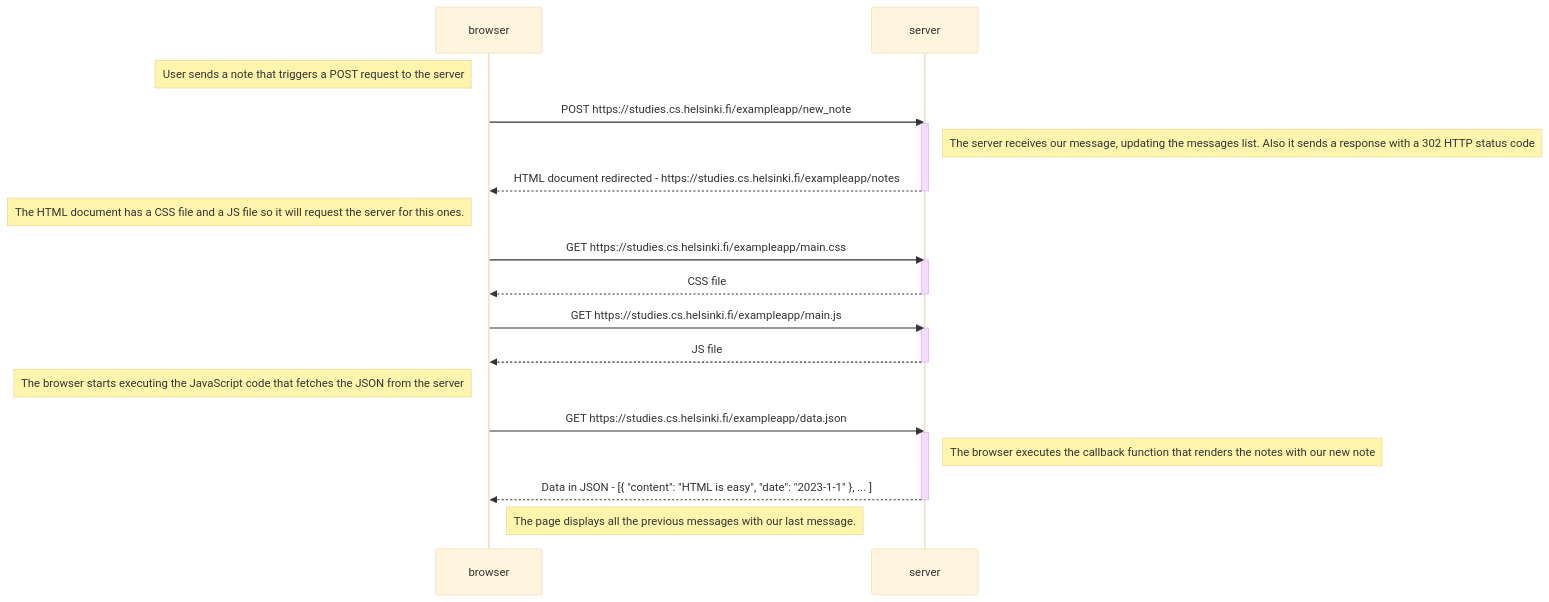
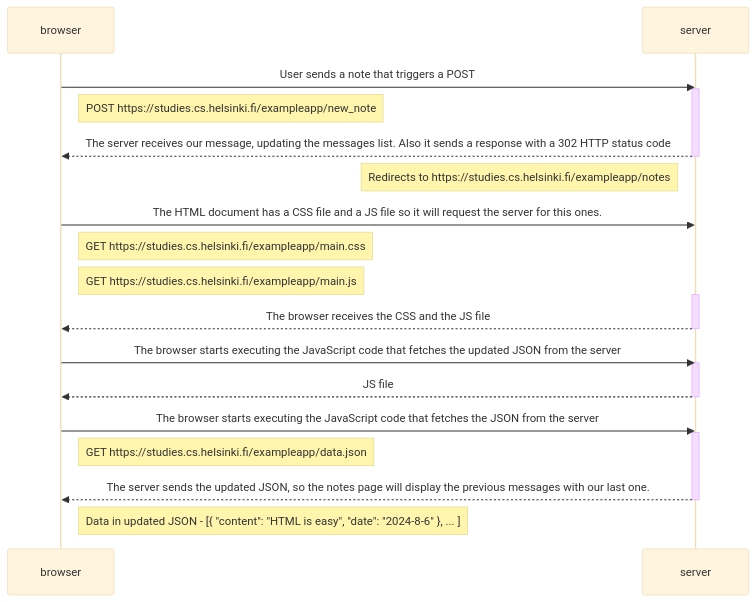
Before and after one commit to Prietosk1/Fullstack-exercises: the diagram in part-0/exercise-4.md, drawn with Mermaid (base theme).

Commit message:
The diagram of exercise 4 has been corrected.

````diff
--- a/part-0/exercise-4.md
+++ b/part-0/exercise-4.md
@@ -3,39 +3,40 @@
 ```mermaid
 sequenceDiagram
     participant browser
     participant server
 
-    Note left of browser: User sends a note that triggers a POST request to the server
 
-    browser->>server: POST https://studies.cs.helsinki.fi/exampleapp/new_note
+    browser->>server: User sends a note that triggers a POST
     activate server
 
-    Note right of server: The server receives our message, updating the messages list. Also it sends a response with a 302 HTTP status code
+    Note right of browser: POST https://studies.cs.helsinki.fi/exampleapp/new_note
 
-    server-->>browser: HTML document redirected - https://studies.cs.helsinki.fi/exampleapp/notes
+    server-->>browser:The server receives our message, updating the messages list. Also it sends a response with a 302 HTTP status code
     deactivate server
 
-    Note left of browser: The HTML document has a CSS file and a JS file so it will request the server for this ones.
+    Note left of server: Redirects to https://studies.cs.helsinki.fi/exampleapp/notes
 
-    browser->>server: GET https://studies.cs.helsinki.fi/exampleapp/main.css
+    browser->>server: The HTML document has a CSS file and a JS file so it will request the server for this ones.
+
+    Note right of browser: GET https://studies.cs.helsinki.fi/exampleapp/main.css
+    Note right of browser: GET https://studies.cs.helsinki.fi/exampleapp/main.js
+
     activate server
-    server-->>browser: CSS file
+    server-->>browser: The browser receives the CSS and the JS file
     deactivate server
 
-    browser->>server: GET https://studies.cs.helsinki.fi/exampleapp/main.js
+    browser->>server: The browser starts executing the JavaScript code that fetches the updated JSON from the server
     activate server
     server-->>browser: JS file
     deactivate server
 
-    Note left of browser: The browser starts executing the JavaScript code that fetches the JSON from the server
-
-    browser->>server: GET https://studies.cs.helsinki.fi/exampleapp/data.json
+    browser->>server: The browser starts executing the JavaScript code that fetches the JSON from the server
     activate server
 
-    Note right of server: The browser executes the callback function that renders the notes with our new note
+    Note right of browser: GET https://studies.cs.helsinki.fi/exampleapp/data.json
 
-    server-->>browser: Data in JSON - [{ "content": "HTML is easy", "date": "2023-1-1" }, ... ]
+    server-->>browser: The server sends the updated JSON, so the notes page will display the previous messages with our last one.
     deactivate server
 
-    Note right of browser: The page displays all the previous messages with our last message.
+    Note right of browser:Data in updated JSON - [{ "content": "HTML is easy", "date": "2024-8-6" }, ... ]
 ```
````
